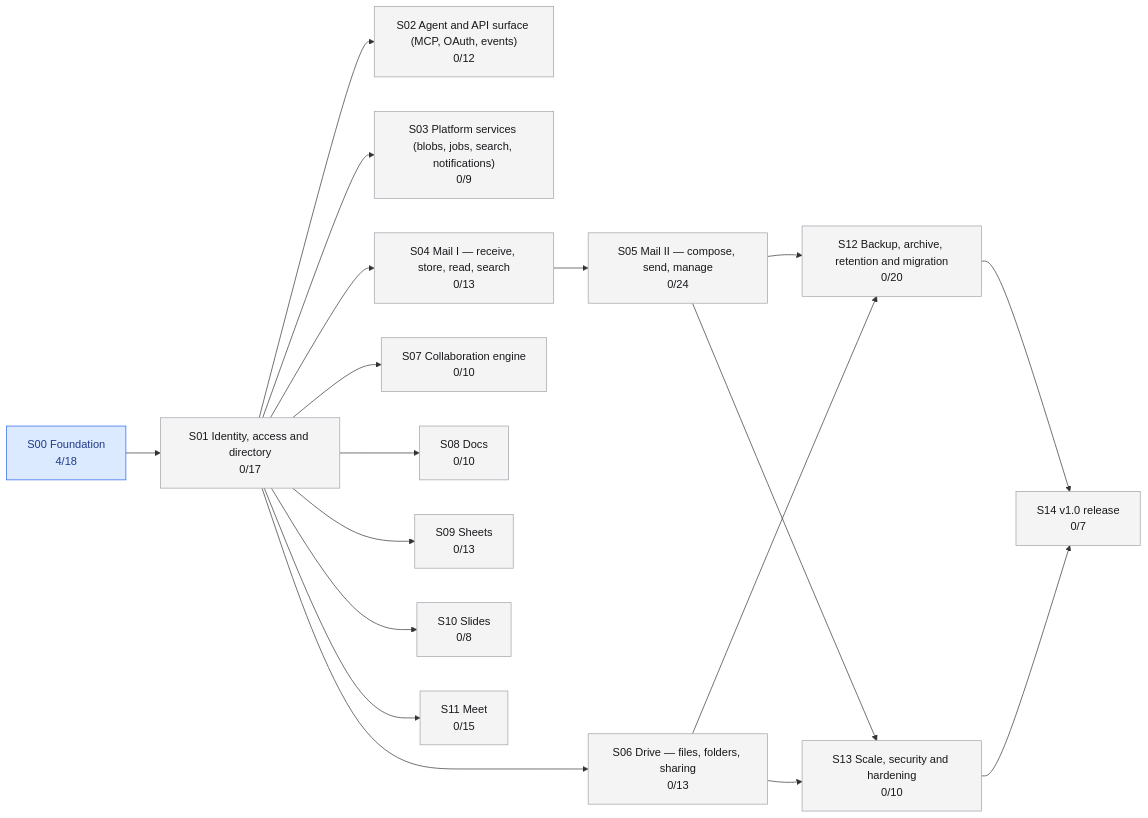
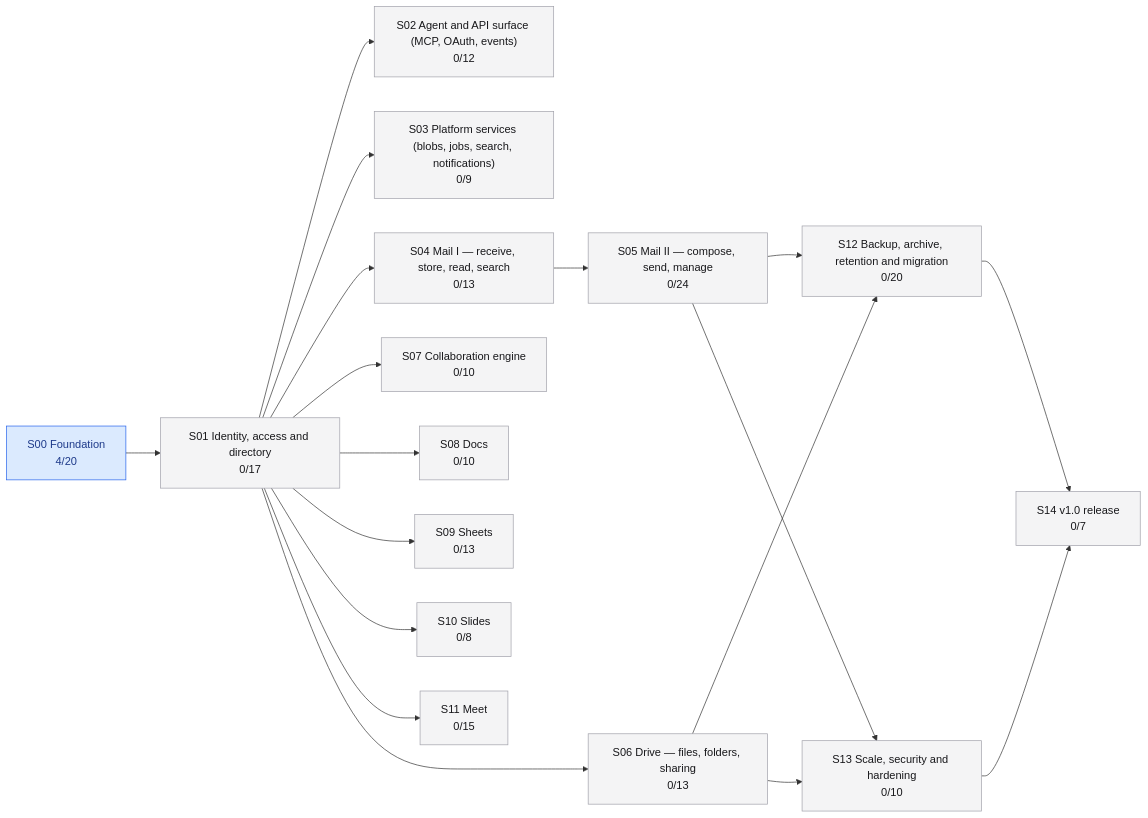
Before and after one commit to jaredwray/soldock: the diagram in plan/STATUS.md, drawn with Mermaid. The commit also changed other lines of this file and 12 other files, not shown here.

````diff
--- a/plan/STATUS.md
+++ b/plan/STATUS.md
@@ -55,38 +56,38 @@
 ```mermaid
 graph LR
-  S00["S00 Foundation<br/>4/18"]:::active
+  S00["S00 Foundation<br/>4/20"]:::active
   S01["S01 Identity, access and directory<br/>0/17"]:::planned
   S02["S02 Agent and API surface (MCP, OAuth, events)<br/>0/12"]:::planned
   S03["S03 Platform services (blobs, jobs, search, notifications)<br/>0/9"]:::planned
   S04["S04 Mail I — receive, store, read, search<br/>0/13"]:::planned
   S05["S05 Mail II — compose, send, manage<br/>0/24"]:::planned
   S06["S06 Drive — files, folders, sharing<br/>0/13"]:::planned
   S07["S07 Collaboration engine<br/>0/10"]:::planned
   S08["S08 Docs<br/>0/10"]:::planned
   S09["S09 Sheets<br/>0/13"]:::planned
   S10["S10 Slides<br/>0/8"]:::planned
   S11["S11 Meet<br/>0/15"]:::planned
   S12["S12 Backup, archive, retention and migration<br/>0/20"]:::planned
   S13["S13 Scale, security and hardening<br/>0/10"]:::planned
   S14["S14 v1.0 release<br/>0/7"]:::planned
   S00 --> S01
   S01 --> S02
   S01 --> S03
   S01 --> S04
   S04 --> S05
   S01 --> S06
   S01 --> S07
   S01 --> S08
   S01 --> S09
   S01 --> S10
   S01 --> S11
   S05 --> S12
   S06 --> S12
   S05 --> S13
   S06 --> S13
   S12 --> S14
   S13 --> S14
   classDef planned fill:#f4f4f5,stroke:#a1a1aa,color:#18181b
   classDef active fill:#dbeafe,stroke:#2563eb,color:#1e3a8a
   classDef done fill:#dcfce7,stroke:#16a34a,color:#14532d
 ```
````
